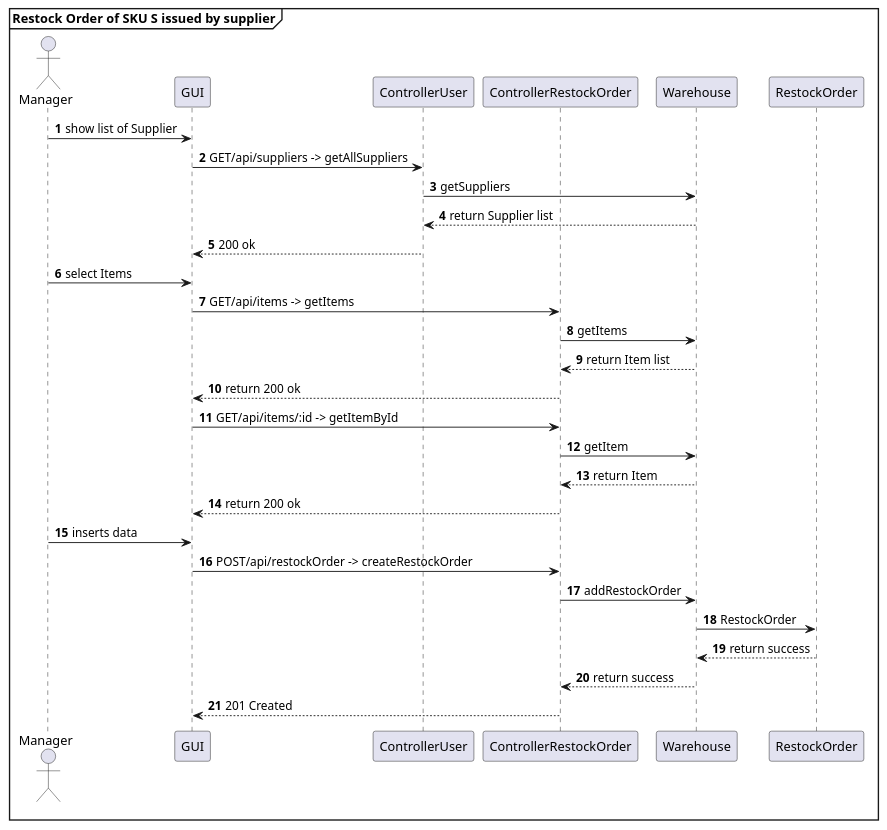
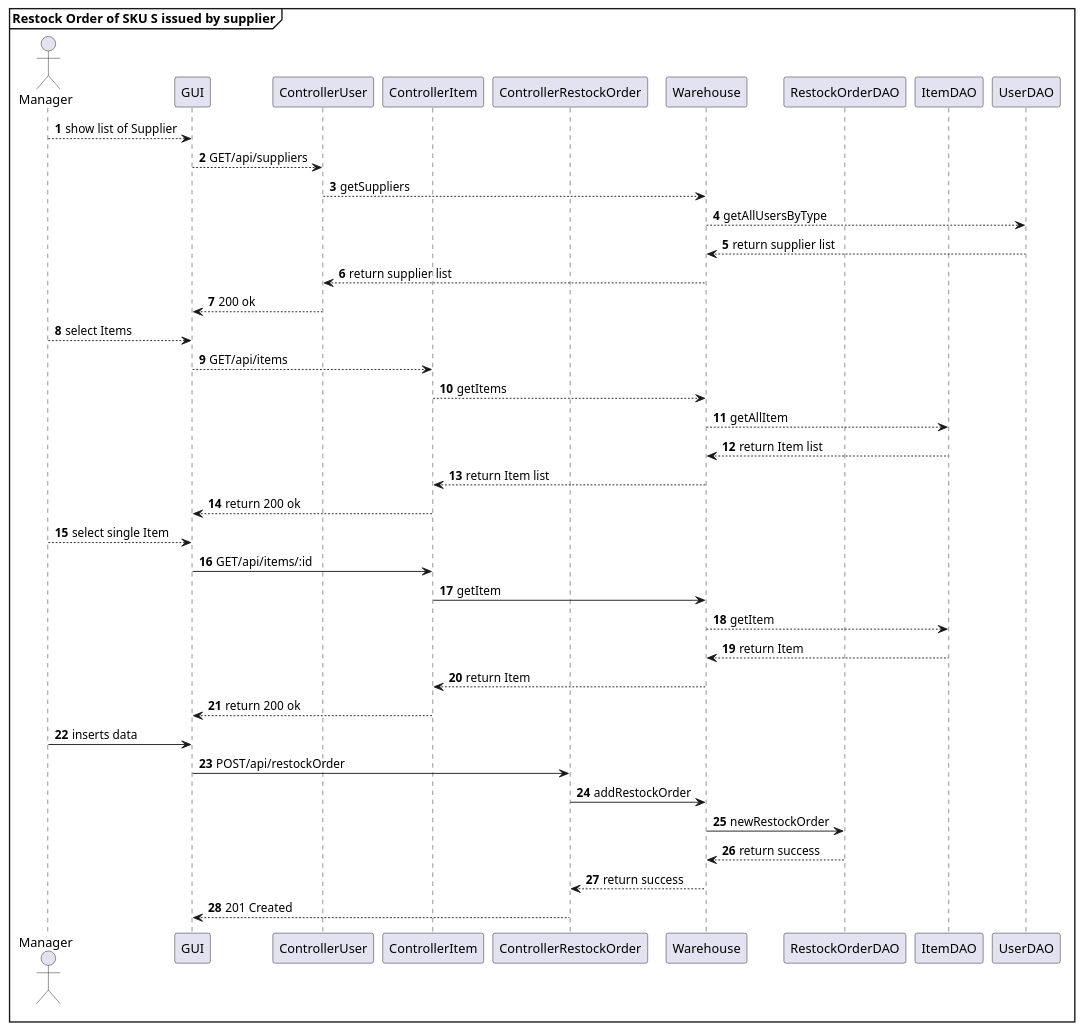
One commit to AlexZampa/EzWh changed the seventh of 22 diagrams in DesignDocument.md. Above: the diagram before and after it, drawn with PlantUML. The commit also changed other lines of this file and 1 other file, not shown here.

Commit message:
modified sequence diagrams of Design document

````diff
--- a/DesignDocument.md
+++ b/DesignDocument.md
@@ -891,36 +749,47 @@
 ```plantuml
 mainframe **Restock Order of SKU S issued by supplier**
 actor Manager
 participant GUI
 participant ControllerUser
+participant ControllerItem
 participant ControllerRestockOrder
 participant Warehouse
-participant RestockOrder
+participant RestockOrderDAO
+participant ItemDAO
+participant UserDAO
 
 autonumber
-Manager -> GUI :  show list of Supplier
-GUI -> ControllerUser : GET/api/suppliers -> getAllSuppliers
-ControllerUser -> Warehouse : getSuppliers
-ControllerUser <-- Warehouse : return Supplier list
+Manager --> GUI :  show list of Supplier
+GUI --> ControllerUser : GET/api/suppliers
+ControllerUser --> Warehouse : getSuppliers
+Warehouse --> UserDAO : getAllUsersByType
+Warehouse <-- UserDAO : return supplier list
+ControllerUser <-- Warehouse : return supplier list
 GUI <-- ControllerUser : 200 ok
 
-Manager -> GUI : select Items
-GUI -> ControllerRestockOrder : GET/api/items -> getItems
-ControllerRestockOrder -> Warehouse : getItems
-ControllerRestockOrder <-- Warehouse : return Item list
-GUI <-- ControllerRestockOrder : return 200 ok
-GUI -> ControllerRestockOrder : GET/api/items/:id -> getItemById
-ControllerRestockOrder -> Warehouse : getItem
-ControllerRestockOrder <-- Warehouse : return Item
-GUI <-- ControllerRestockOrder : return 200 ok
+Manager --> GUI : select Items
+GUI --> ControllerItem : GET/api/items
+ControllerItem --> Warehouse : getItems
+Warehouse --> ItemDAO : getAllItem
+Warehouse <-- ItemDAO : return Item list
+ControllerItem <-- Warehouse : return Item list
+GUI <-- ControllerItem : return 200 ok
+
+Manager --> GUI : select single Item
+GUI -> ControllerItem : GET/api/items/:id
+ControllerItem -> Warehouse : getItem
+Warehouse --> ItemDAO : getItem
+Warehouse <-- ItemDAO : return Item
+ControllerItem <-- Warehouse : return Item
+GUI <-- ControllerItem : return 200 ok
 
 Manager -> GUI : inserts data
-GUI -> ControllerRestockOrder : POST/api/restockOrder -> createRestockOrder
+GUI -> ControllerRestockOrder : POST/api/restockOrder
 ControllerRestockOrder -> Warehouse : addRestockOrder
-Warehouse -> RestockOrder : RestockOrder
-Warehouse <-- RestockOrder : return success
+Warehouse -> RestockOrderDAO : newRestockOrder
+Warehouse <-- RestockOrderDAO : return success
 ControllerRestockOrder <-- Warehouse : return success
 GUI <-- ControllerRestockOrder : 201 Created
 
 @enduml
 ```
````
